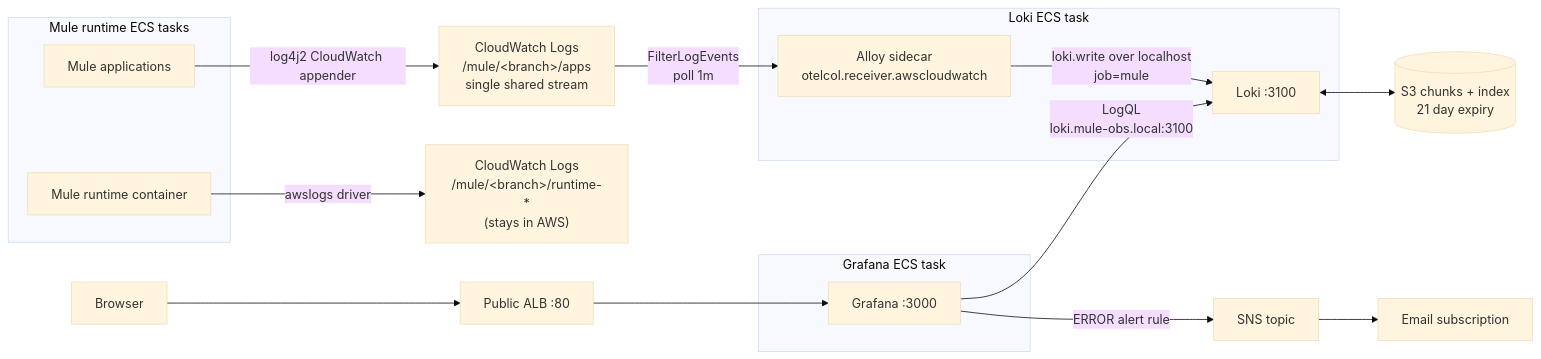
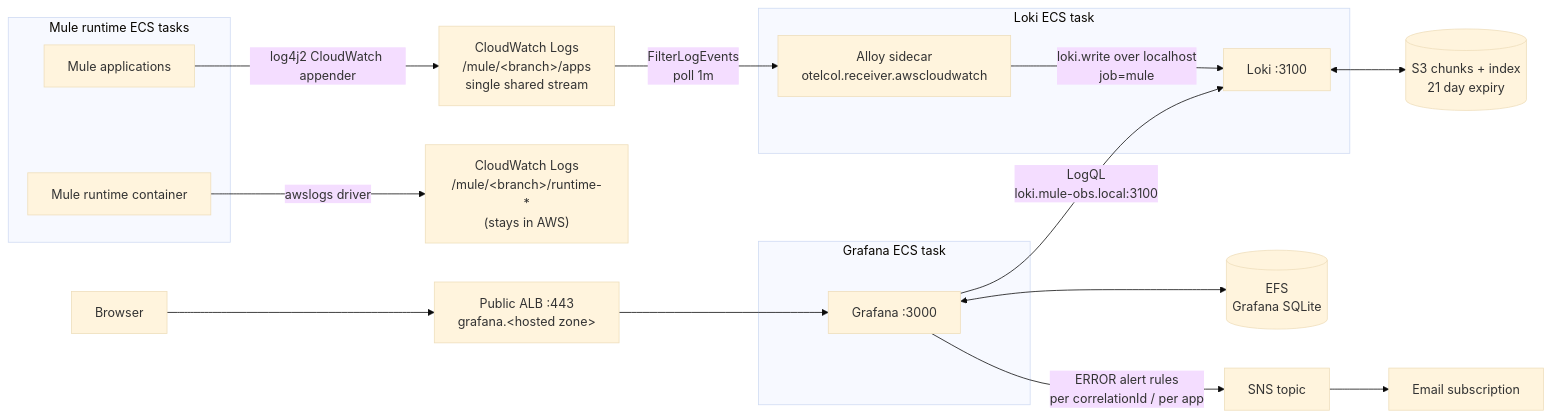
The diagram in README.md (GemeenteNijmegen/mule-infra), drawn with Mermaid (base theme) before and after one commit. The commit also changed other lines of this file, not shown here.

Commit message:
chore: update readme about grafana stack

````diff
--- a/README.md
+++ b/README.md
@@ -113,29 +113,30 @@
 ```mermaid
 flowchart LR
-    U["Browser"] --> ALB["Public ALB :80"]
+    U["Browser"] --> ALB["Public ALB :443<br/>grafana.&lt;hosted zone&gt;"]
 
     subgraph muleTask["Mule runtime ECS tasks"]
         MR["Mule runtime container"]
         MA["Mule applications"]
     end
 
     MR -- "awslogs driver" --> CWR["CloudWatch Logs<br/>/mule/&lt;branch&gt;/runtime-*<br/>(stays in AWS)"]
     MA -- "log4j2 CloudWatch appender" --> CWA["CloudWatch Logs<br/>/mule/&lt;branch&gt;/apps<br/>single shared stream"]
 
     subgraph lokiTask["Loki ECS task"]
         AL["Alloy sidecar<br/>otelcol.receiver.awscloudwatch"]
         LK["Loki :3100"]
         AL -- "loki.write over localhost<br/>job=mule" --> LK
     end
 
     CWA -- "FilterLogEvents<br/>poll 1m" --> AL
     LK <--> S3[("S3 chunks + index<br/>21 day expiry")]
 
     subgraph grafanaTask["Grafana ECS task"]
         GR["Grafana :3000"]
     end
 
     ALB --> GR
+    GR <--> EFS[("EFS<br/>Grafana SQLite")]
     GR -- "LogQL<br/>loki.mule-obs.local:3100" --> LK
-    GR -- "ERROR alert rule" --> SNS["SNS topic"] --> MAIL["Email subscription"]
+    GR -- "ERROR alert rules<br/>per correlationId / per app" --> SNS["SNS topic"] --> MAIL["Email subscription"]
 ```
````
